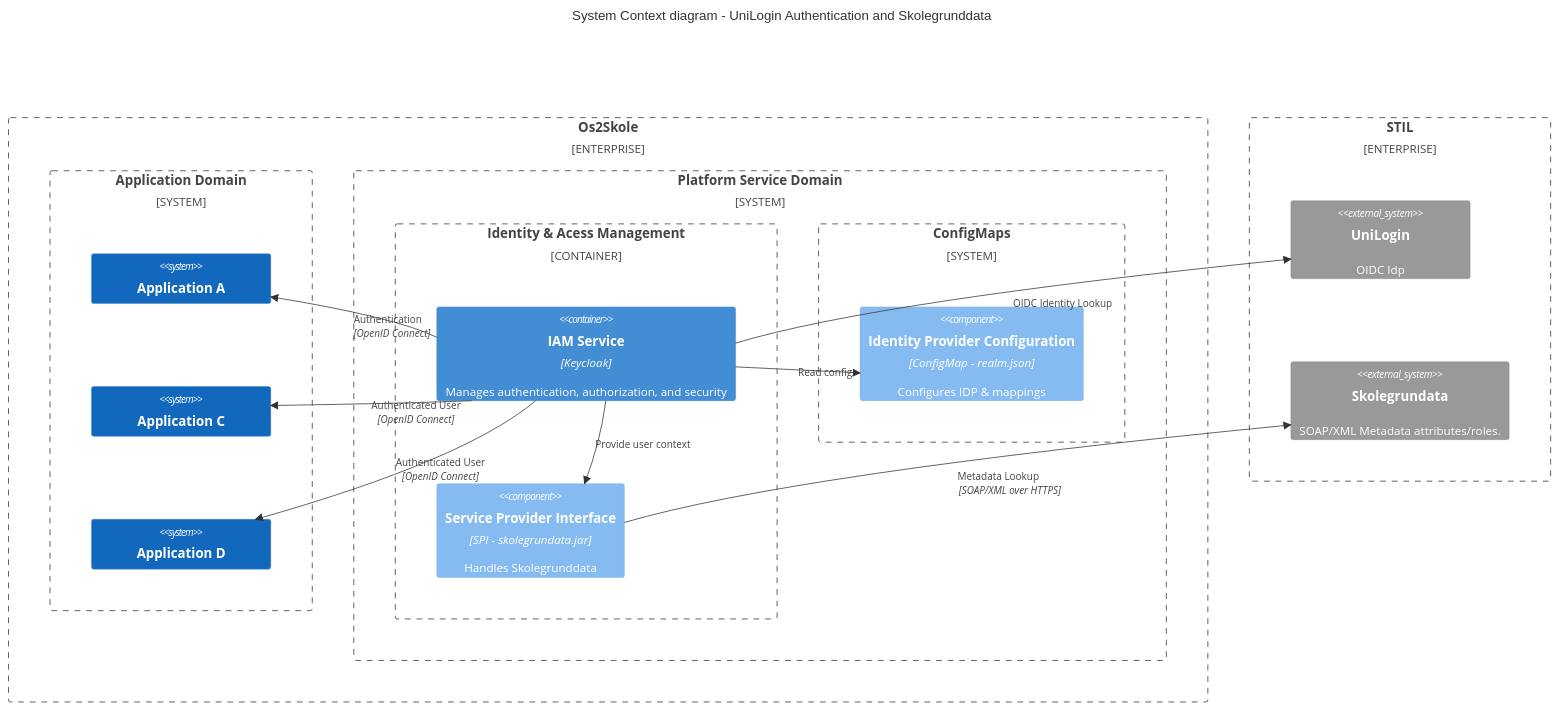
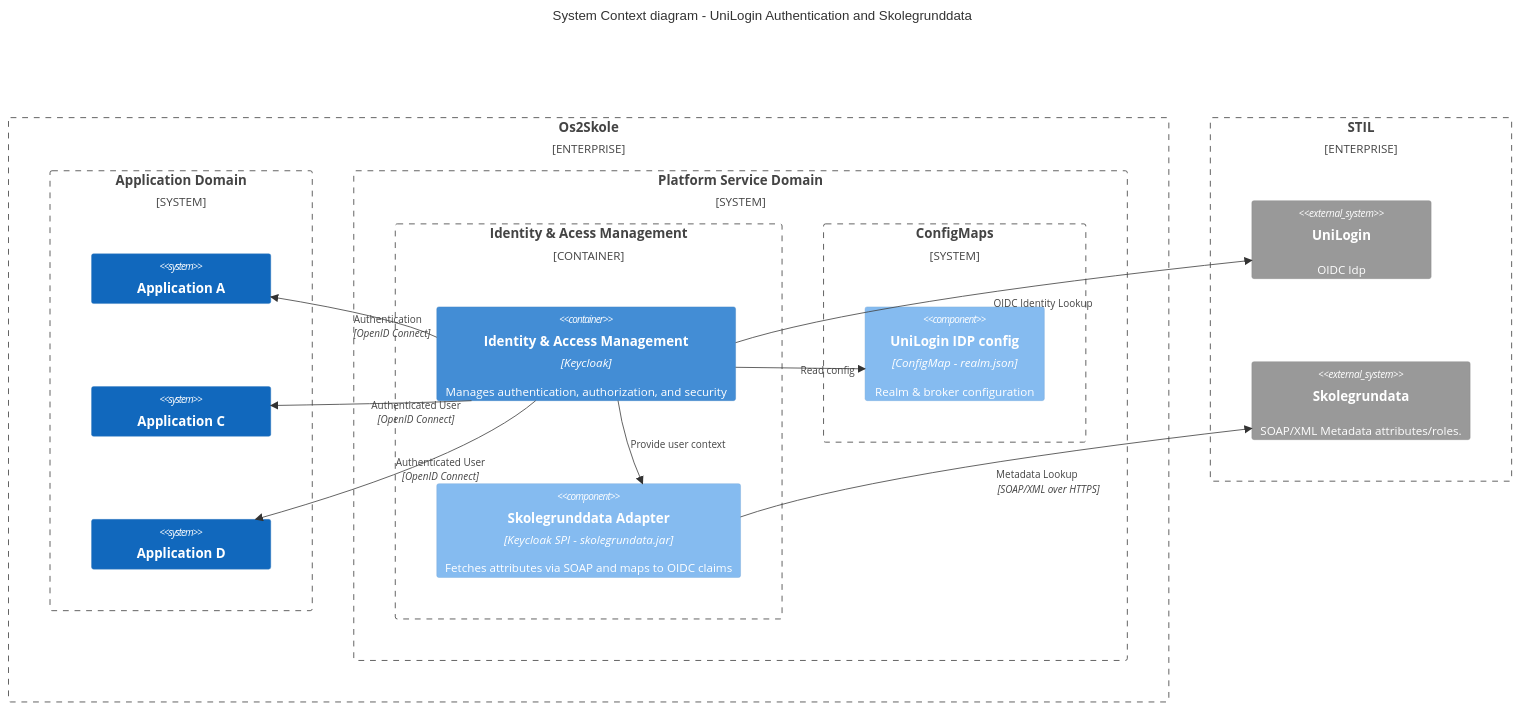
One commit to 0xf1e/os2skole-PoC changed the diagram in docs/AIM_system_contect-C4.md. Above: the diagram before and after it, drawn with Mermaid.

Commit message:
fix: Clarification of component naming

````diff
--- a/docs/AIM_system_contect-C4.md
+++ b/docs/AIM_system_contect-C4.md
@@ -4,48 +4,47 @@
 ```mermaid
 C4Context
   title System Context diagram - UniLogin Authentication and Skolegrunddata
   
   %% --- The Entire Enterprise Context ---
   Enterprise_Boundary(OrgBoundary, "Os2Skole") {
 
     %% APPLICATION DOMAIN
     System_Boundary(Application, "Application Domain") {
       System(appA, "Application A", "")
       System(appC, "Application C", "")
       System(appD, "Application D", "")
     }
           
     %% PLATFORM DOMAIN
     System_Boundary(platform, "Platform Service Domain") {
       Container_Boundary(Keycloak, "Identity & Acess Management") {
-        Container(keycloak_core, "IAM Service", "Keycloak", "Manages authentication, authorization, and security")
-        
+        Container(keycloak_core, Identity & Access Management, "Keycloak", "Manages authentication, authorization, and security")
         %% Component definition inside the Container for visual grouping
-        Component(spi, "Service Provider Interface", "SPI - skolegrundata.jar", "Handles Skolegrunddata")
+        Component(spi, "Skolegrunddata Adapter", "Keycloak SPI - skolegrundata.jar", "Fetches attributes via SOAP and maps to OIDC claims")
       }
       System_Boundary(configmaps, "ConfigMaps") {
-        Component(config, "Identity Provider Configuration", "ConfigMap - realm.json", "Configures IDP & mappings")
+        Component(config, "UniLogin IDP config", "ConfigMap - realm.json", "Realm & broker configuration")
       }
     }
   }
 
 
 Enterprise_Boundary(STILBoundary, "STIL") {
     System_Ext(unilogin, "UniLogin", "OIDC Idp")
     System_Ext(skolegrundata, "Skolegrundata", "SOAP/XML Metadata attributes/roles.")
 }
   
   
   %% --- Relationships (The Flow) ---
 
   %% Identity Brokering
   Rel(keycloak_core, config, "Read config")
   Rel(keycloak_core, unilogin, "OIDC Identity Lookup")
   Rel(keycloak_core, spi,"Provide user context")
   Rel(spi, skolegrundata, "Metadata Lookup", "SOAP/XML over HTTPS")
   Rel(keycloak_core, appA, "Authentication", "OpenID Connect")
   Rel(keycloak_core, appC, "Authenticated User", "OpenID Connect")
   Rel(keycloak_core, appD, "Authenticated User", "OpenID Connect")
   
   UpdateLayoutConfig($c4ShapeInRow="2")
 ```
````
